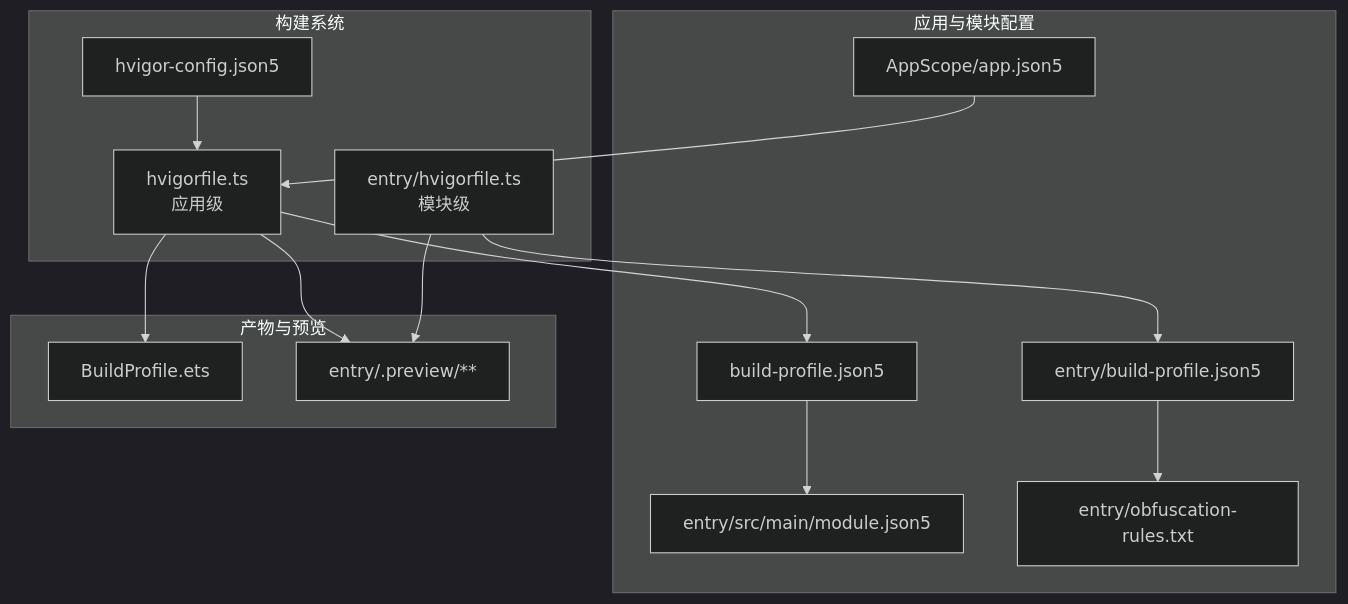
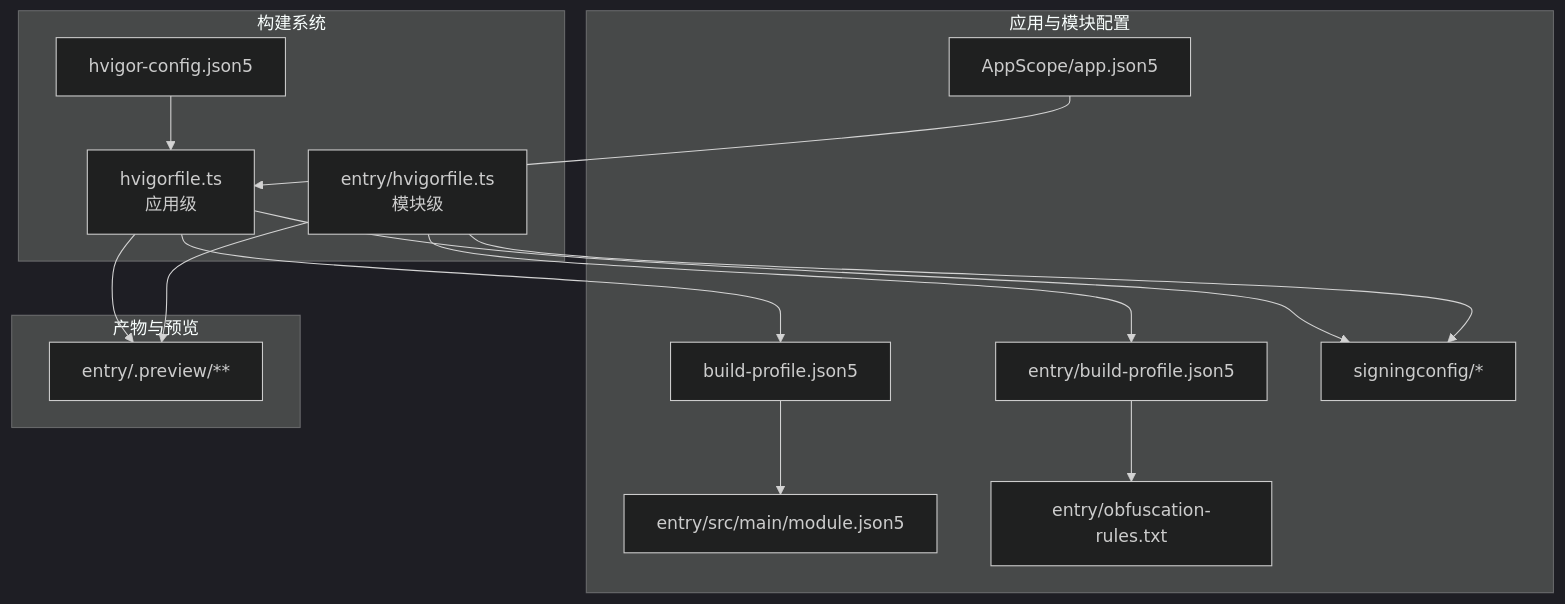
One commit to huz1xuan/harmony_XDY changed the second of 3 diagrams in .qoder/repowiki/zh/content/部署与发布.md. Above: the diagram before and after it, drawn with Mermaid (dark theme). The commit also changed other lines of this file and 15 other files, not shown here.

````diff
--- a/.qoder/repowiki/zh/content/部署与发布.md
+++ b/.qoder/repowiki/zh/content/部署与发布.md
@@ -100,28 +119,29 @@
 ```mermaid
 graph TB
 subgraph "构建系统"
 HV["hvigorfile.ts<br/>应用级"]
 HM["entry/hvigorfile.ts<br/>模块级"]
 HC["hvigor-config.json5"]
 end
 subgraph "应用与模块配置"
 BP["build-profile.json5"]
 ABP["AppScope/app.json5"]
 MBP["entry/build-profile.json5"]
 MOD["entry/src/main/module.json5"]
 OB["entry/obfuscation-rules.txt"]
+SC["signingconfig/*"]
 end
 subgraph "产物与预览"
-GEN["BuildProfile.ets"]
 PRE["entry/.preview/**"]
 end
 HV --> BP
 HM --> MBP
 BP --> MOD
 MBP --> OB
 ABP --> HV
 HC --> HV
-HV --> GEN
 HV --> PRE
 HM --> PRE
+HV --> SC
+HM --> SC
 ```
````
